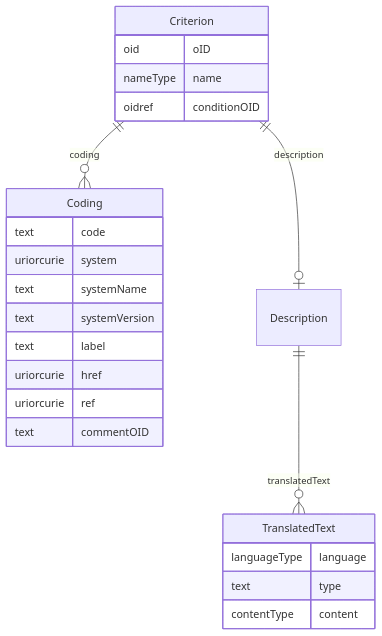
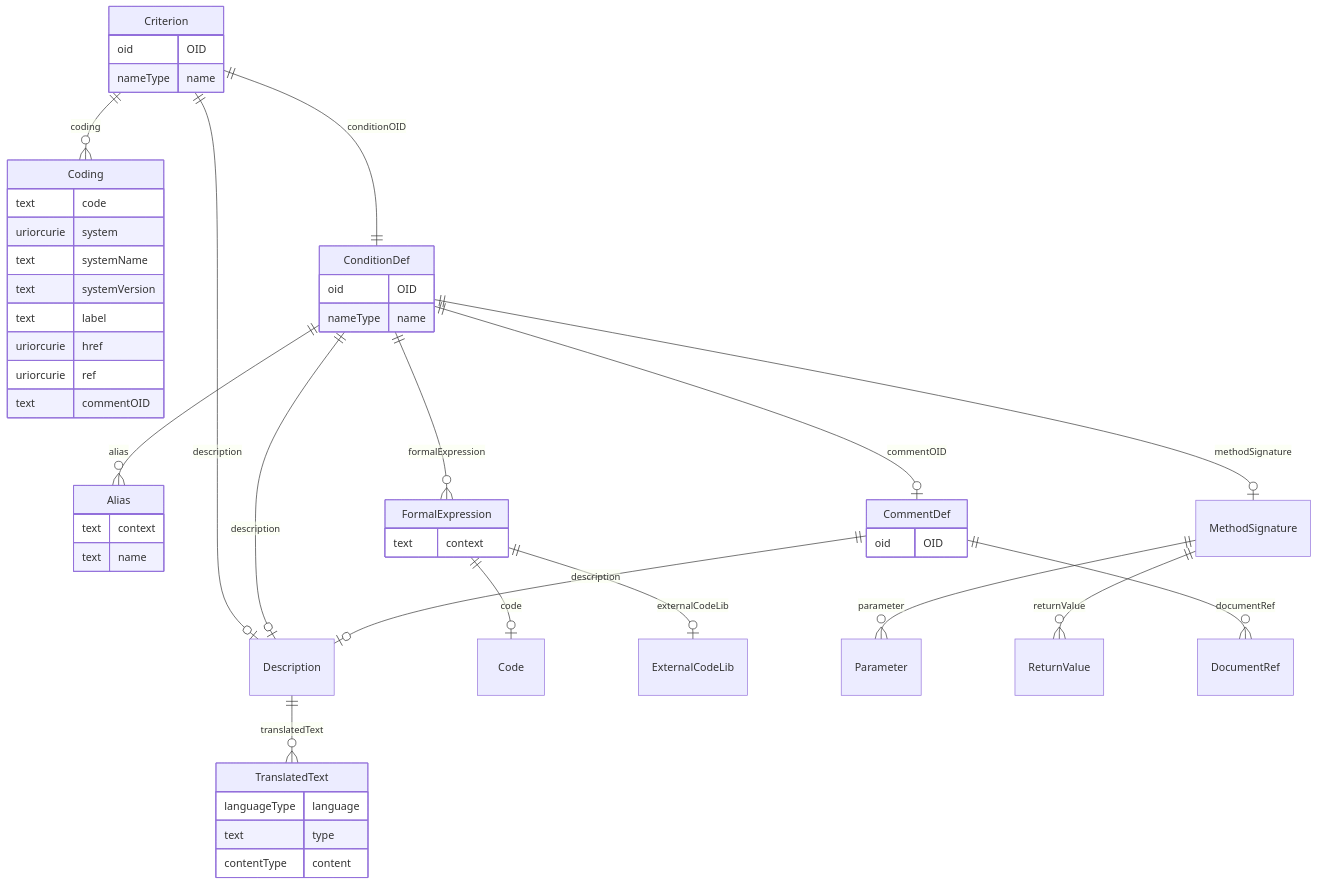
Before and after one commit to cdisc-org/DataExchange-ODM-LinkML: the diagram in docs/Criterion.md, drawn with Mermaid. The commit also changed other lines of this file and 338 other files, not shown here.

Commit message:
improved references by detecting targets for oidref type slots

````diff
--- a/docs/Criterion.md
+++ b/docs/Criterion.md
@@ -11,31 +11,59 @@
 ```mermaid
 erDiagram
 Criterion {
-    oid oID  
+    oid OID  
     nameType name  
-    oidref conditionOID  
 }
 Coding {
     text code  
     uriorcurie system  
     text systemName  
     text systemVersion  
     text label  
     uriorcurie href  
     uriorcurie ref  
     text commentOID  
 }
 Description {
 
 }
 TranslatedText {
     languageType language  
     text type  
     contentType content  
 }
+ConditionDef {
+    oid OID  
+    nameType name  
+}
+Alias {
+    text context  
+    text name  
+}
+FormalExpression {
+    text context  
+}
+MethodSignature {
 
+}
+CommentDef {
+    oid OID  
+}
+
+Criterion ||--|| ConditionDef : "conditionOID"
 Criterion ||--|o Description : "description"
 Criterion ||--}o Coding : "coding"
 Description ||--}o TranslatedText : "translatedText"
+ConditionDef ||--|o CommentDef : "commentOID"
+ConditionDef ||--|o Description : "description"
+ConditionDef ||--|o MethodSignature : "methodSignature"
+ConditionDef ||--}o FormalExpression : "formalExpression"
+ConditionDef ||--}o Alias : "alias"
+FormalExpression ||--|o Code : "code"
+FormalExpression ||--|o ExternalCodeLib : "externalCodeLib"
+MethodSignature ||--}o Parameter : "parameter"
+MethodSignature ||--}o ReturnValue : "returnValue"
+CommentDef ||--|o Description : "description"
+CommentDef ||--}o DocumentRef : "documentRef"
 
 ```
````
